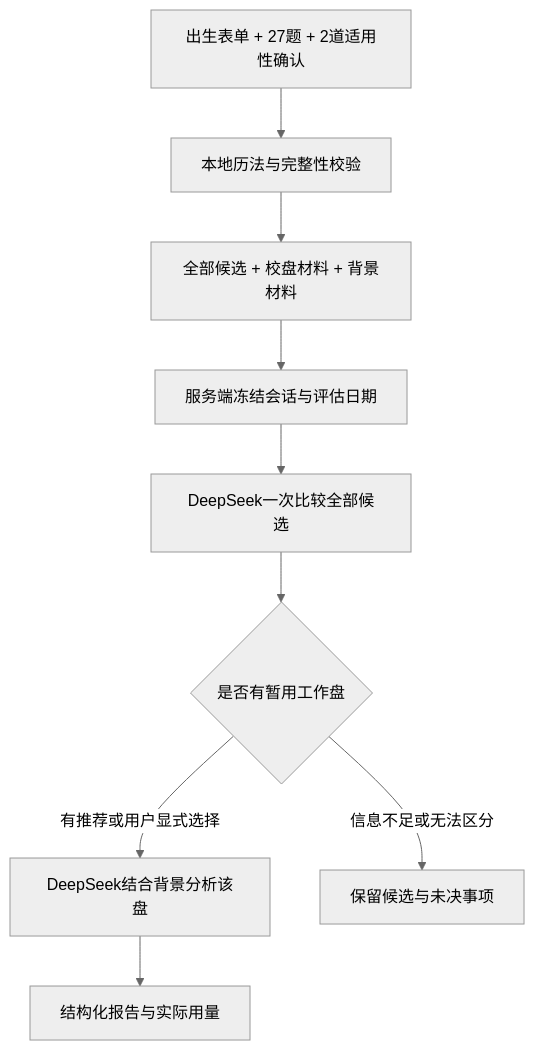
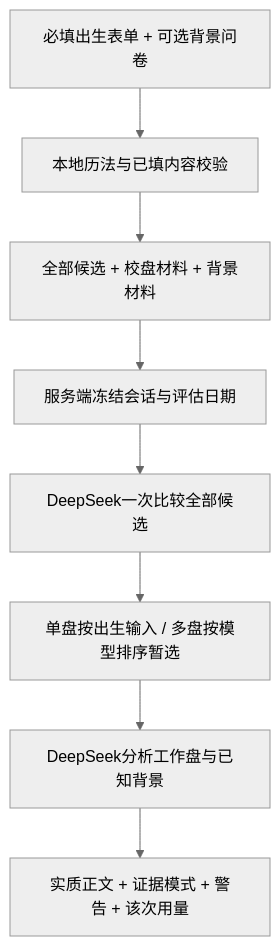
Before and after one commit to 130U/Divination-and-Destiny-Studies: the diagram in docs/ARCHITECTURE.md, drawn with Mermaid (neutral theme). The commit also changed other lines of this file and 5 other files, not shown here.

````diff
--- a/docs/ARCHITECTURE.md
+++ b/docs/ARCHITECTURE.md
@@ -7,11 +7,10 @@
 ```mermaid
 flowchart TD
-    A[出生表单 + 27题 + 2道适用性确认] --> B[本地历法与完整性校验]
+    A[必填出生表单 + 可选背景问卷] --> B[本地历法与已填内容校验]
     B --> C[全部候选 + 校盘材料 + 背景材料]
     C --> D[服务端冻结会话与评估日期]
     D --> E[DeepSeek一次比较全部候选]
-    E --> F{是否有暂用工作盘}
-    F -->|有推荐或用户显式选择| G[DeepSeek结合背景分析该盘]
-    F -->|信息不足或无法区分| H[保留候选与未决事项]
-    G --> I[结构化报告与实际用量]
+    E --> F[单盘按出生输入 / 多盘按模型排序暂选]
+    F --> G[DeepSeek分析工作盘与已知背景]
+    G --> I[实质正文 + 证据模式 + 警告 + 该次用量]
 ```
````
